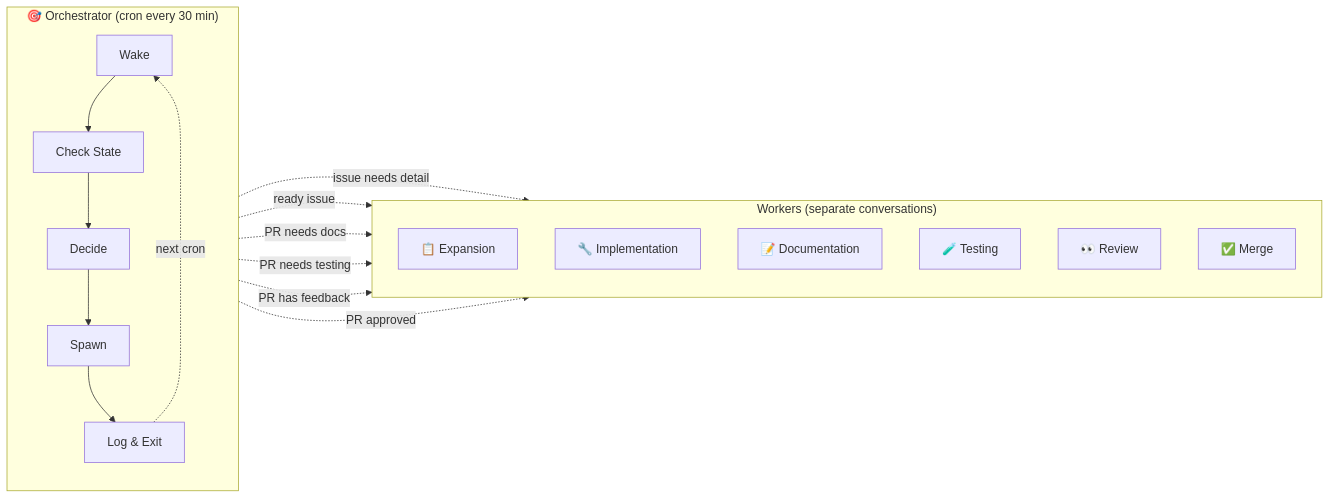
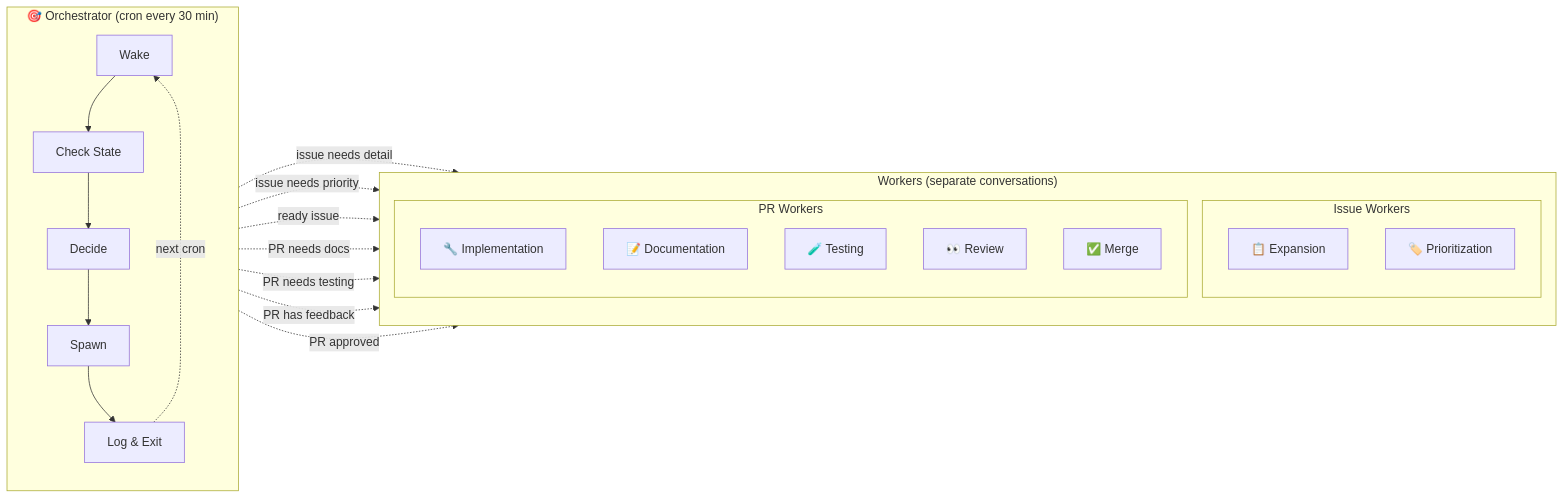
Before and after one commit to jpshackelford/.openhands: the first of 3 diagrams in plugins/ohtv-workflow/README.md, drawn with Mermaid.

Commit message:
docs: split workers into Issue Workers and PR Workers groups
- Issue Workers: Expansion, Prioritization
- PR Workers: Implementation, Documentation, Testing, Review, Merge

````diff
--- a/plugins/ohtv-workflow/README.md
+++ b/plugins/ohtv-workflow/README.md
@@ -7,30 +7,36 @@
 ```mermaid
 flowchart LR
     subgraph Orch["🎯 Orchestrator (cron every 30 min)"]
         direction TB
         wake["Wake"]
         check["Check State"]
         decide["Decide"]
         spawn["Spawn"]
         log["Log & Exit"]
         wake --> check --> decide --> spawn --> log
         log -.->|"next cron"| wake
     end
 
     subgraph Workers["Workers (separate conversations)"]
         direction TB
-        exp["📋 Expansion"]
-        imp["🔧 Implementation"]
-        doc["📝 Documentation"]
-        tst["🧪 Testing"]
-        rev["👀 Review"]
-        mrg["✅ Merge"]
+        subgraph IssueWorkers["Issue Workers"]
+            exp["📋 Expansion"]
+            pri["🏷️ Prioritization"]
+        end
+        subgraph PRWorkers["PR Workers"]
+            imp["🔧 Implementation"]
+            doc["📝 Documentation"]
+            tst["🧪 Testing"]
+            rev["👀 Review"]
+            mrg["✅ Merge"]
+        end
     end
 
     spawn -.->|"issue needs detail"| exp
+    spawn -.->|"issue needs priority"| pri
     spawn -.->|"ready issue"| imp
     spawn -.->|"PR needs docs"| doc
     spawn -.->|"PR needs testing"| tst
     spawn -.->|"PR has feedback"| rev
     spawn -.->|"PR approved"| mrg
 ```
````
